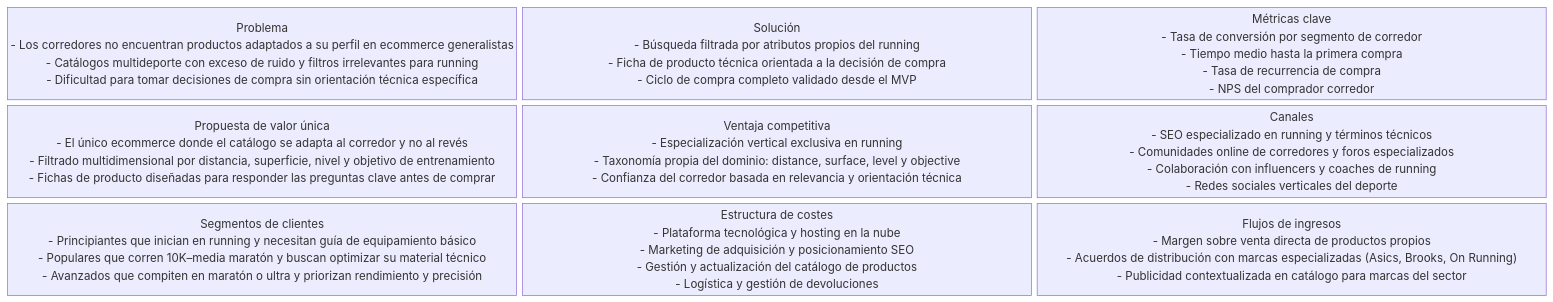
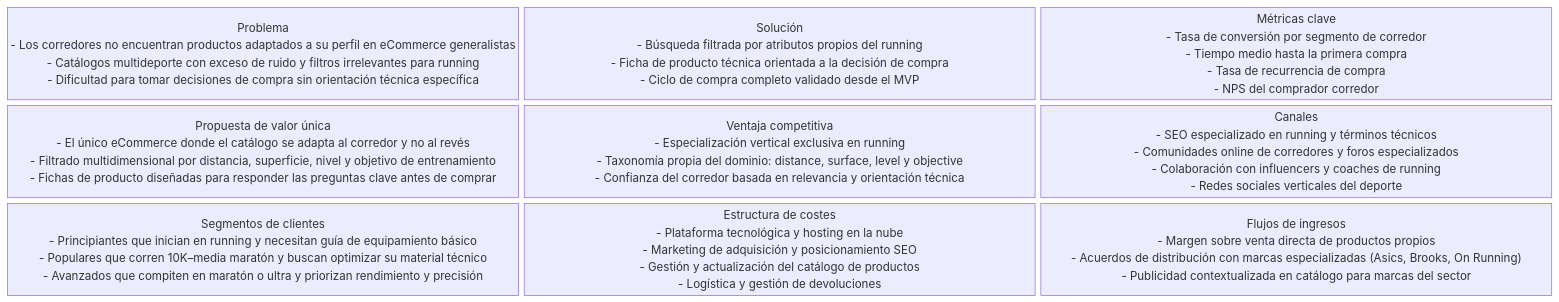
Before and after one commit to LIDR-academy/AI4Devs-finalproject: the first of 4 diagrams in docs/PRD.md, drawn with Mermaid. The commit also changed other lines of this file and 5 other files, not shown here.

````diff
--- a/docs/PRD.md
+++ b/docs/PRD.md
@@ -31,13 +31,13 @@
 ```mermaid
 block-beta
     columns 3
-    P["Problema\n- Los corredores no encuentran productos adaptados a su perfil en ecommerce generalistas\n- Catálogos multideporte con exceso de ruido y filtros irrelevantes para running\n- Dificultad para tomar decisiones de compra sin orientación técnica específica"]
+    P["Problema\n- Los corredores no encuentran productos adaptados a su perfil en eCommerce generalistas\n- Catálogos multideporte con exceso de ruido y filtros irrelevantes para running\n- Dificultad para tomar decisiones de compra sin orientación técnica específica"]
     S["Solución\n- Búsqueda filtrada por atributos propios del running\n- Ficha de producto técnica orientada a la decisión de compra\n- Ciclo de compra completo validado desde el MVP"]
     KM["Métricas clave\n- Tasa de conversión por segmento de corredor\n- Tiempo medio hasta la primera compra\n- Tasa de recurrencia de compra\n- NPS del comprador corredor"]
-    UVP["Propuesta de valor única\n- El único ecommerce donde el catálogo se adapta al corredor y no al revés\n- Filtrado multidimensional por distancia, superficie, nivel y objetivo de entrenamiento\n- Fichas de producto diseñadas para responder las preguntas clave antes de comprar"]
+    UVP["Propuesta de valor única\n- El único eCommerce donde el catálogo se adapta al corredor y no al revés\n- Filtrado multidimensional por distancia, superficie, nivel y objetivo de entrenamiento\n- Fichas de producto diseñadas para responder las preguntas clave antes de comprar"]
     UA["Ventaja competitiva\n- Especialización vertical exclusiva en running\n- Taxonomía propia del dominio: distance, surface, level y objective\n- Confianza del corredor basada en relevancia y orientación técnica"]
     CH["Canales\n- SEO especializado en running y términos técnicos\n- Comunidades online de corredores y foros especializados\n- Colaboración con influencers y coaches de running\n- Redes sociales verticales del deporte"]
     CS["Segmentos de clientes\n- Principiantes que inician en running y necesitan guía de equipamiento básico\n- Populares que corren 10K–media maratón y buscan optimizar su material técnico\n- Avanzados que compiten en maratón o ultra y priorizan rendimiento y precisión"]
     CoS["Estructura de costes\n- Plataforma tecnológica y hosting en la nube\n- Marketing de adquisición y posicionamiento SEO\n- Gestión y actualización del catálogo de productos\n- Logística y gestión de devoluciones"]
     RS["Flujos de ingresos\n- Margen sobre venta directa de productos propios\n- Acuerdos de distribución con marcas especializadas (Asics, Brooks, On Running)\n- Publicidad contextualizada en catálogo para marcas del sector"]
 ```
````
